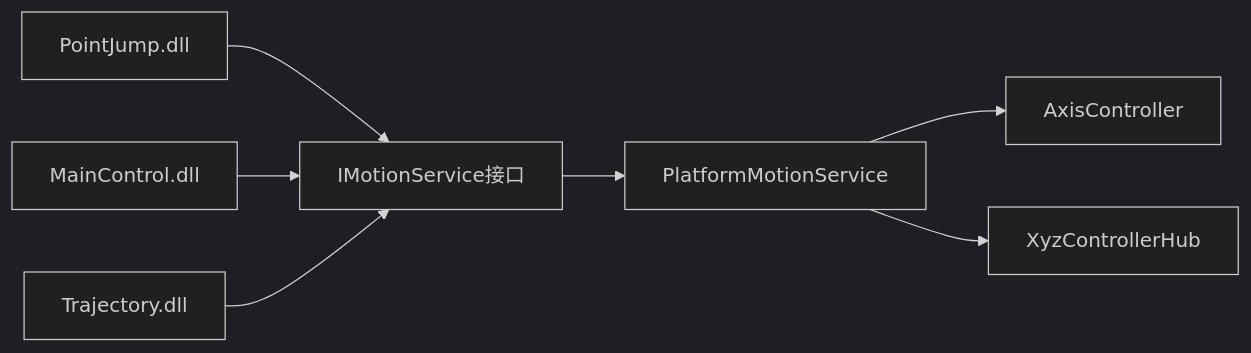
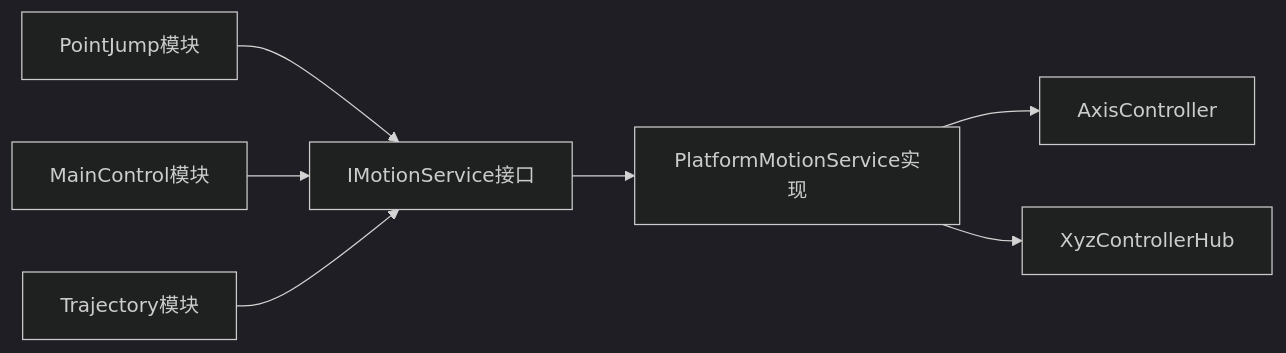
One commit to fuweiq94-cloud/339918076 changed the third of 8 diagrams in .qoder/repowiki/zh/content/架构设计/模块化架构设计.md. Above: the diagram before and after it, drawn with Mermaid (dark theme). The commit also changed other lines of this file and 84 other files, not shown here.

````diff
--- a/.qoder/repowiki/zh/content/架构设计/模块化架构设计.md
+++ b/.qoder/repowiki/zh/content/架构设计/模块化架构设计.md
@@ -183,9 +154,9 @@
 ```mermaid
 graph LR
-PJ["PointJump.dll"] --> IMS["IMotionService接口"]
-MC["MainControl.dll"] --> IMS
-TR["Trajectory.dll"] --> IMS
-IMS --> PMS["PlatformMotionService"]
+PJ["PointJump模块"] --> IMS["IMotionService接口"]
+MC["MainControl模块"] --> IMS
+TR["Trajectory模块"] --> IMS
+IMS --> PMS["PlatformMotionService实现"]
 PMS --> AC["AxisController"]
 PMS --> XH["XyzControllerHub"]
 ```
````
